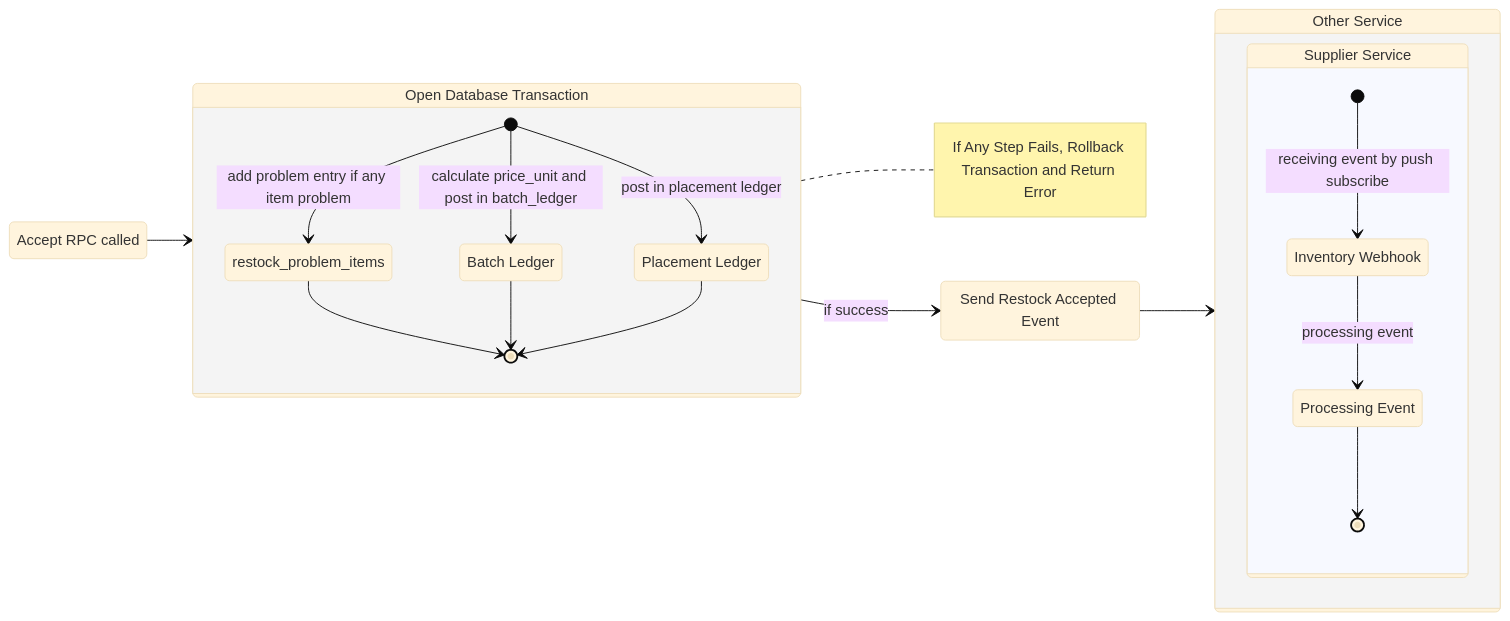
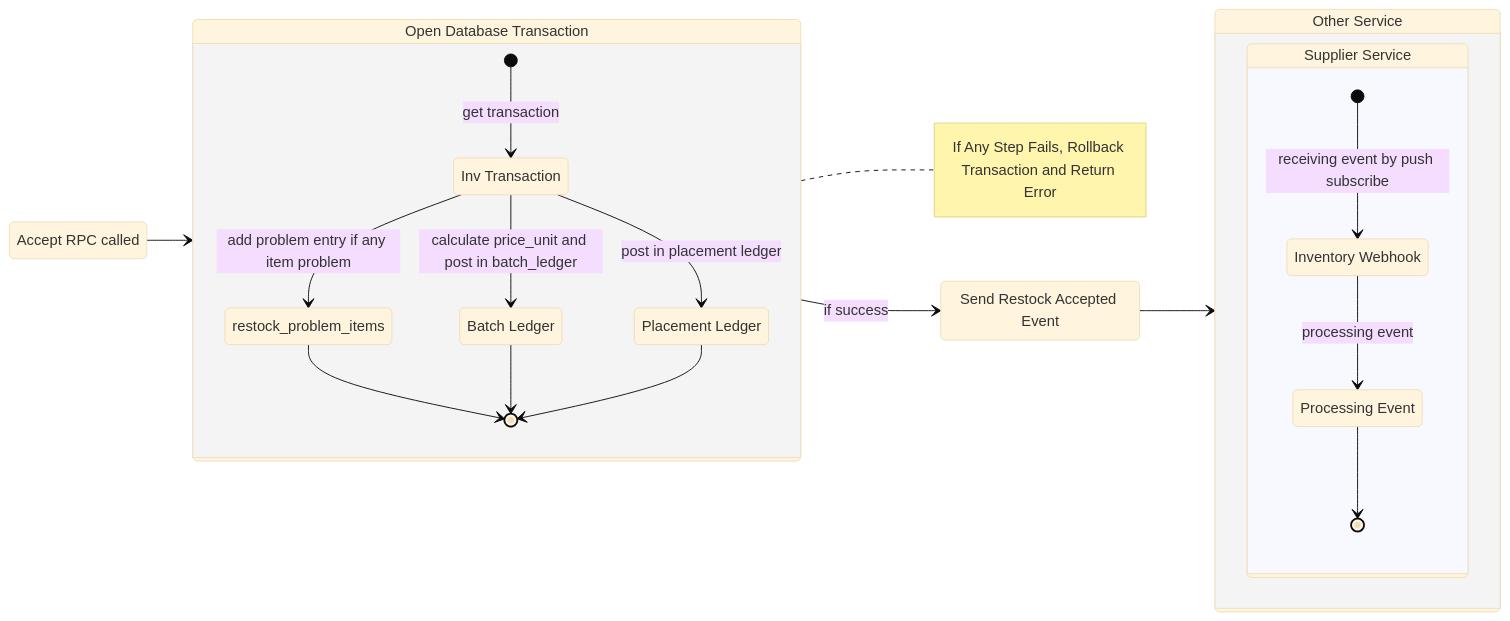
The second of 2 diagrams in docs/business/inventory/restock.md (pdcgo/warehouse_revamp), drawn with Mermaid (base theme) before and after one commit. The commit also changed other lines of this file and 15 other files, not shown here.

````diff
--- a/docs/business/inventory/restock.md
+++ b/docs/business/inventory/restock.md
@@ -33,51 +33,53 @@
 ```mermaid
 stateDiagram-v2
 direction LR
 
 state "Accept RPC called" as rpc
 
 rpc-->tx
 
 tx: Open Database Transaction
 note right of tx
     If Any Step Fails, Rollback Transaction and Return Error 
 end note
 
 state tx {
     
     state "restock_problem_items" as prob
     state "Batch Ledger" as bledger
     state "Placement Ledger" as pledger
+    state "Inv Transaction" as inv
 
-    [*]-->prob: add problem entry if any item problem
-    [*]-->bledger: calculate price_unit and post in batch_ledger
-    [*]-->pledger: post in placement ledger
+    [*]-->inv: get transaction
+    inv-->prob: add problem entry if any item problem
+    inv-->bledger: calculate price_unit and post in batch_ledger
+    inv-->pledger: post in placement ledger
 
     prob-->[*]
     bledger-->[*]
     pledger-->[*]
 }
 
 state "Send Restock Accepted Event" as evt
 tx-->evt: if success
 evt-->srv
 
 srv: Other Service
 state srv {
     sup: Supplier Service
     state sup {
 
         state "Inventory Webhook" as supwebhook
         state "Processing Event" as procevt
 
         [*]-->supwebhook: receiving event by push subscribe
         supwebhook-->procevt: processing event
         procevt-->[*]
     
     }
 
  
 
 }
 
 ```
````
